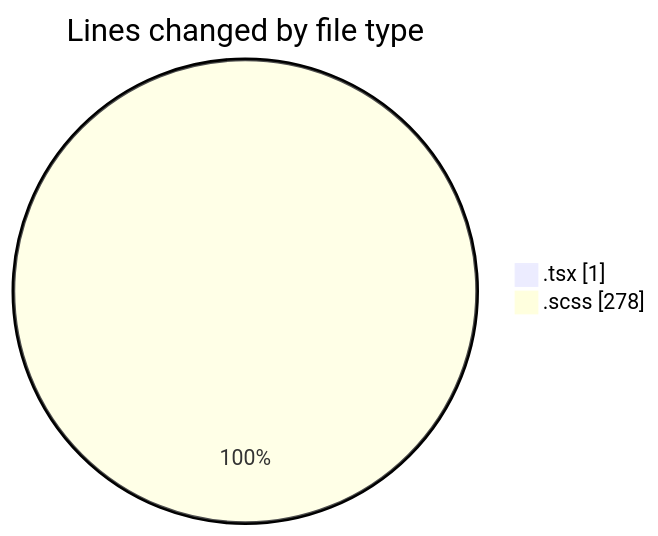
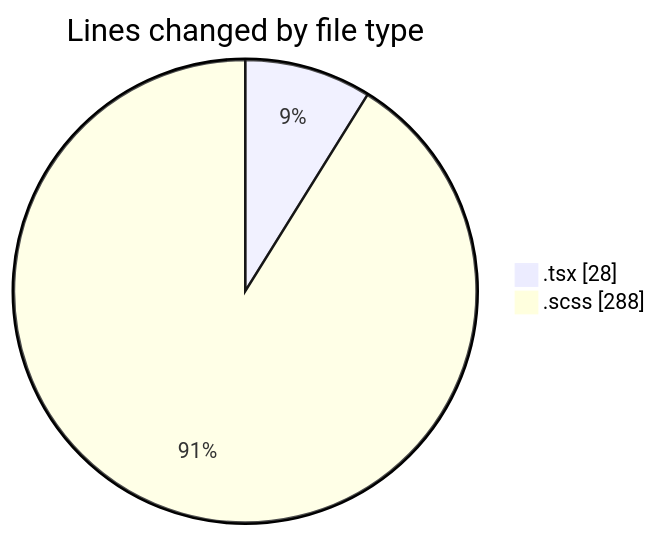
Before and after one commit to momahboobian/code-tracking: the first of 2 diagrams in 2025-09-19/cda/README.md, drawn with Mermaid. The commit also changed other lines of this file and 1 other file, not shown here.

````diff
--- a/2025-09-19/cda/README.md
+++ b/2025-09-19/cda/README.md
@@ -21,6 +21,6 @@
 ```mermaid
 pie showData
 title Lines changed by file type
-".tsx" : 1
-".scss" : 278
+".tsx" : 28
+".scss" : 288
 ```
````
